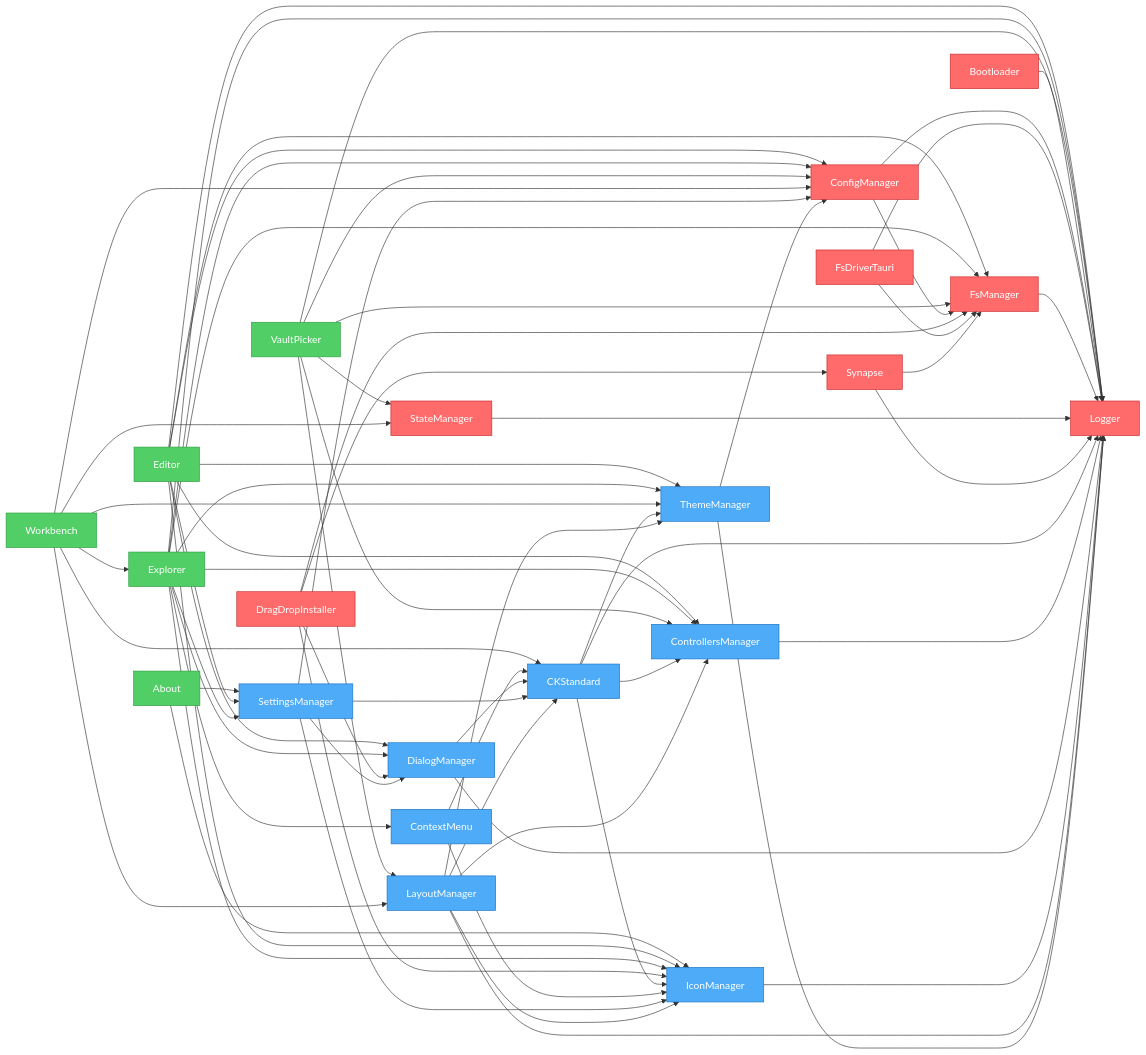
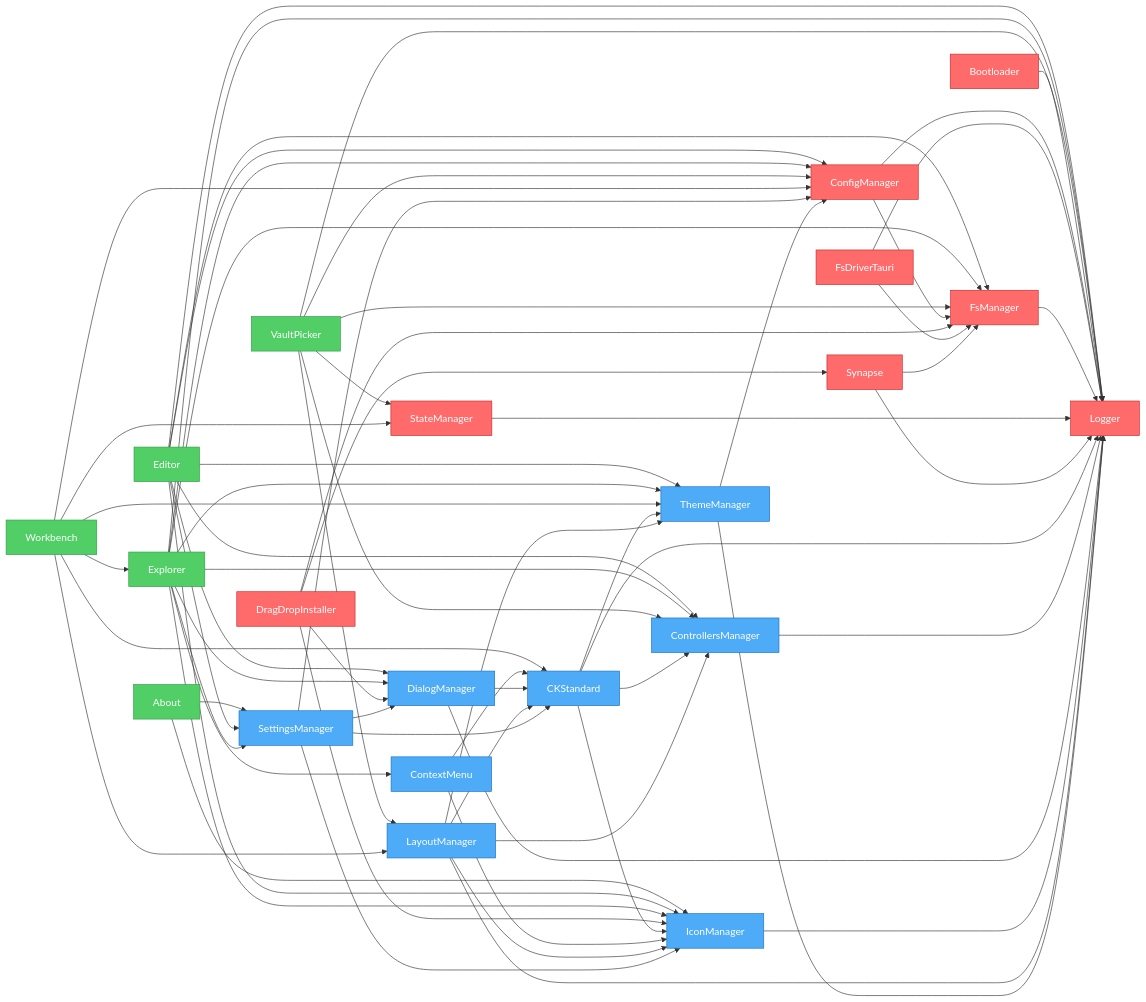
Before and after one commit to khton-tech/notehub.md: the diagram in artifacts/graph.mmd, drawn with Mermaid. The commit also changed 48 other files, not shown here.

Commit message:
feat: Establish a comprehensive plugin architecture with initial system, UI, and feature plugins, and generate the plugin registry.

```diff
--- a/artifacts/graph.mmd
+++ b/artifacts/graph.mmd
@@ -1,96 +1,96 @@
 flowchart LR
     nh_features_about["About"]
     nh_features_editor["Editor"]
     nh_features_explorer["Explorer"]
     nh_features_vault-picker["VaultPicker"]
     nh_features_workbench["Workbench"]
     nh_system_bootloader["Bootloader"]
     nh_system_config-manager["ConfigManager"]
     nh_system_drag-drop["DragDropInstaller"]
     nh_system_fs-driver-tauri["FsDriverTauri"]
     nh_system_fs-manager["FsManager"]
     nh_system_logger["Logger"]
     nh_system_state-manager["StateManager"]
     nh_system_synapse["Synapse"]
     nh_ui_ck-standard["CKStandard"]
     nh_ui_context-menu["ContextMenu"]
     nh_ui_controllers-manager["ControllersManager"]
     nh_ui_dialog-manager["DialogManager"]
     nh_ui_icon-manager["IconManager"]
+    nh_ui_layout-manager["LayoutManager"]
     nh_ui_settings-manager["SettingsManager"]
-    nh_ui_layout-manager["LayoutManager"]
     nh_ui_theme-manager["ThemeManager"]
     nh_features_about --> nh_ui_settings-manager
     nh_features_about --> nh_ui_icon-manager
     nh_features_editor --> nh_system_config-manager
     nh_features_editor --> nh_ui_settings-manager
     nh_features_editor --> nh_system_fs-manager
     nh_features_editor --> nh_system_logger
     nh_features_editor --> nh_ui_controllers-manager
     nh_features_editor --> nh_ui_dialog-manager
     nh_features_editor --> nh_ui_icon-manager
     nh_features_editor --> nh_ui_theme-manager
     nh_features_explorer --> nh_system_config-manager
     nh_features_explorer --> nh_ui_settings-manager
     nh_features_explorer --> nh_system_fs-manager
     nh_features_explorer --> nh_system_logger
     nh_features_explorer --> nh_ui_controllers-manager
     nh_features_explorer --> nh_ui_icon-manager
     nh_features_explorer --> nh_ui_theme-manager
     nh_features_explorer --> nh_ui_context-menu
     nh_features_explorer --> nh_ui_dialog-manager
     nh_features_vault-picker --> nh_system_fs-manager
     nh_features_vault-picker --> nh_system_config-manager
     nh_features_vault-picker --> nh_system_state-manager
     nh_features_vault-picker --> nh_system_logger
     nh_features_vault-picker --> nh_ui_controllers-manager
     nh_features_vault-picker --> nh_ui_layout-manager
     nh_features_workbench --> nh_system_config-manager
     nh_features_workbench --> nh_ui_layout-manager
     nh_features_workbench --> nh_ui_theme-manager
     nh_features_workbench --> nh_ui_ck-standard
     nh_features_workbench --> nh_system_state-manager
     nh_features_workbench --> nh_features_explorer
     nh_system_bootloader --> nh_system_logger
     nh_system_config-manager --> nh_system_logger
     nh_system_config-manager --> nh_system_fs-manager
     nh_system_drag-drop --> nh_ui_icon-manager
     nh_system_drag-drop --> nh_ui_dialog-manager
     nh_system_drag-drop --> nh_system_fs-manager
     nh_system_drag-drop --> nh_system_synapse
     nh_system_fs-driver-tauri --> nh_system_logger
     nh_system_fs-driver-tauri --> nh_system_fs-manager
     nh_system_fs-manager --> nh_system_logger
     nh_system_state-manager --> nh_system_logger
     nh_system_synapse --> nh_system_fs-manager
     nh_system_synapse --> nh_system_logger
     nh_ui_ck-standard --> nh_system_logger
     nh_ui_ck-standard --> nh_ui_controllers-manager
     nh_ui_ck-standard --> nh_ui_icon-manager
     nh_ui_ck-standard --> nh_ui_theme-manager
     nh_ui_context-menu --> nh_ui_icon-manager
     nh_ui_context-menu --> nh_ui_ck-standard
     nh_ui_controllers-manager --> nh_system_logger
     nh_ui_dialog-manager --> nh_system_logger
     nh_ui_dialog-manager --> nh_ui_ck-standard
     nh_ui_icon-manager --> nh_system_logger
-    nh_ui_settings-manager --> nh_system_config-manager
-    nh_ui_settings-manager --> nh_ui_ck-standard
-    nh_ui_settings-manager --> nh_ui_icon-manager
-    nh_ui_settings-manager --> nh_ui_dialog-manager
     nh_ui_layout-manager --> nh_system_logger
     nh_ui_layout-manager --> nh_ui_theme-manager
     nh_ui_layout-manager --> nh_ui_icon-manager
     nh_ui_layout-manager --> nh_ui_controllers-manager
     nh_ui_layout-manager --> nh_ui_ck-standard
+    nh_ui_settings-manager --> nh_system_config-manager
+    nh_ui_settings-manager --> nh_ui_ck-standard
+    nh_ui_settings-manager --> nh_ui_icon-manager
+    nh_ui_settings-manager --> nh_ui_dialog-manager
     nh_ui_theme-manager --> nh_system_logger
     nh_ui_theme-manager --> nh_system_config-manager
 
     %% Styles
     classDef system fill:#ff6b6b,stroke:#c92a2a,color:#fff
     classDef ui fill:#4dabf7,stroke:#1971c2,color:#fff
     classDef feature fill:#51cf66,stroke:#2f9e44,color:#fff
     class nh_features_about,nh_features_vault-picker feature
     class nh_features_editor,nh_features_explorer,nh_features_workbench feature
     class nh_system_bootloader,nh_system_config-manager,nh_system_drag-drop,nh_system_fs-driver-tauri,nh_system_fs-manager,nh_system_logger,nh_system_state-manager,nh_system_synapse system
-    class nh_ui_ck-standard,nh_ui_context-menu,nh_ui_controllers-manager,nh_ui_dialog-manager,nh_ui_icon-manager,nh_ui_settings-manager,nh_ui_layout-manager,nh_ui_theme-manager ui
+    class nh_ui_ck-standard,nh_ui_context-menu,nh_ui_controllers-manager,nh_ui_dialog-manager,nh_ui_icon-manager,nh_ui_layout-manager,nh_ui_settings-manager,nh_ui_theme-manager ui
```
